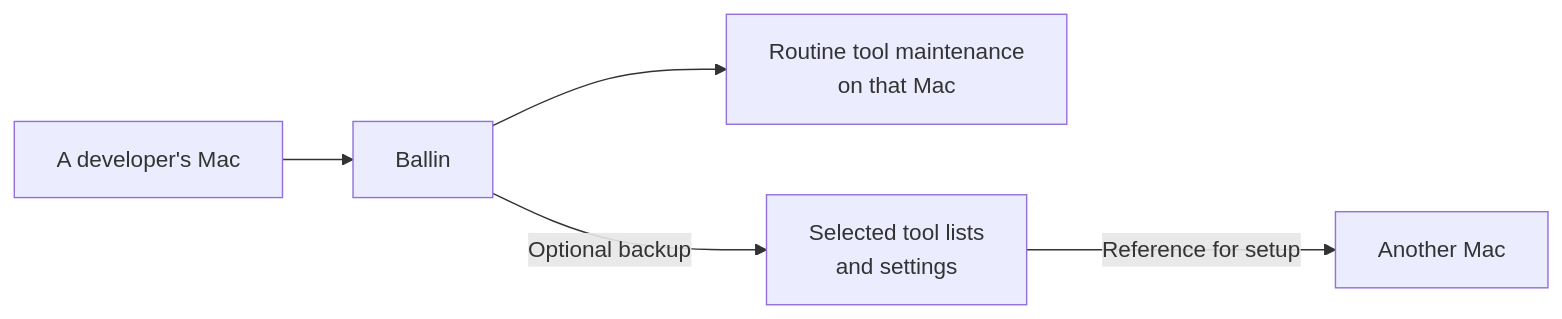
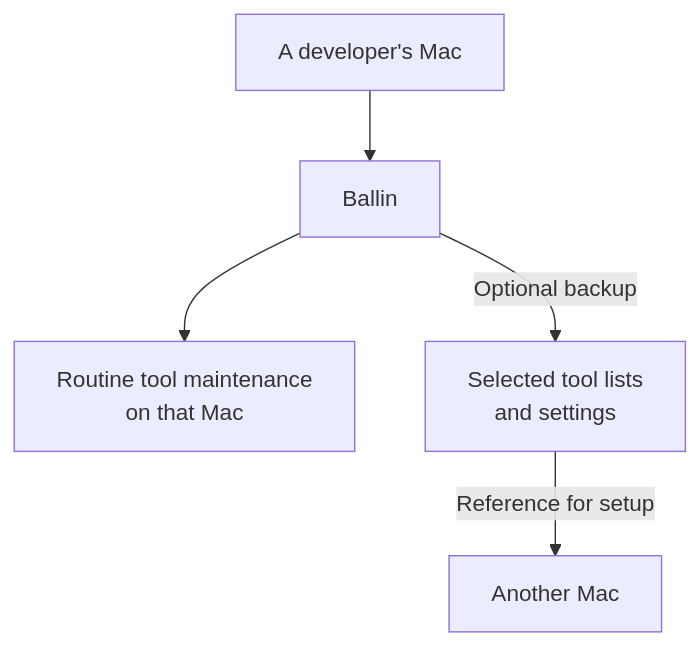
One commit to JBallin/ballin-scripts changed the diagram in docs/what-is-ballin.md. Above: the diagram before and after it, drawn with Mermaid.

Commit message:
docs: improve explainer diagram readability

````diff
--- a/docs/what-is-ballin.md
+++ b/docs/what-is-ballin.md
@@ -9,7 +9,7 @@
 ```mermaid
-flowchart LR
+flowchart TB
     Mac["A developer's Mac"] --> Ballin["Ballin"]
     Ballin --> Upkeep["Routine tool maintenance<br/>on that Mac"]
     Ballin -->|"Optional backup"| Saved["Selected tool lists<br/>and settings"]
     Saved -->|"Reference for setup"| NewMac["Another Mac"]
 ```
````
